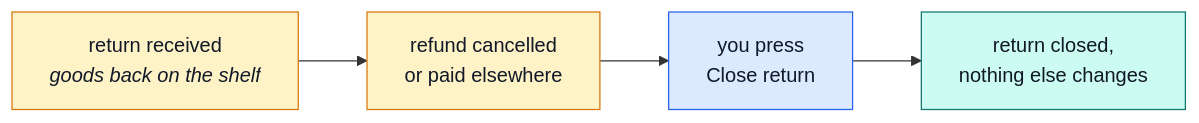
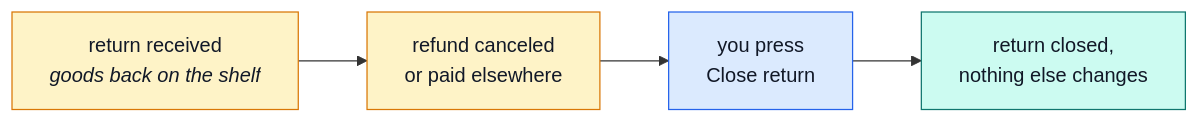
One commit to Guebbit/boilerplate-node-backend changed the second of 3 diagrams in docs/demo-ecommerce/when-something-goes-wrong.md. Above: the diagram before and after it, drawn with Mermaid. The commit also changed other lines of this file and 301 other files, not shown here.

````diff
--- a/docs/demo-ecommerce/when-something-goes-wrong.md
+++ b/docs/demo-ecommerce/when-something-goes-wrong.md
@@ -265,14 +265,14 @@
 ```mermaid
 %%{init: {'flowchart': {'nodeSpacing': 30, 'rankSpacing': 55}}}%%
 flowchart LR
-    A["return received<br/><i>goods back on the shelf</i>"] --> B["refund cancelled<br/>or paid elsewhere"]
+    A["return received<br/><i>goods back on the shelf</i>"] --> B["refund canceled<br/>or paid elsewhere"]
     B --> C["you press<br/>Close return"]
     C --> D["return closed,<br/>nothing else changes"]
 
     classDef auto fill:#fef3c7,stroke:#d97706,color:#111827;
     classDef you fill:#dbeafe,stroke:#2563eb,color:#111827;
     classDef done fill:#ccfbf1,stroke:#0f766e,color:#111827;
     class A,B auto;
     class C you;
     class D done;
 ```
````
